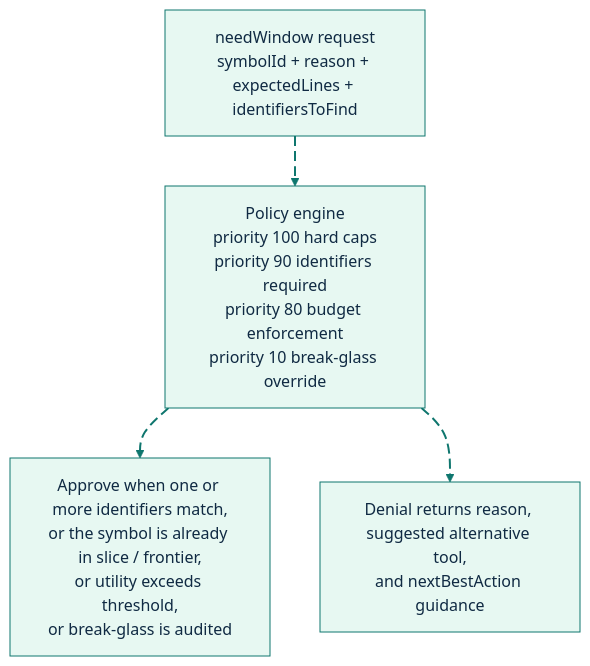
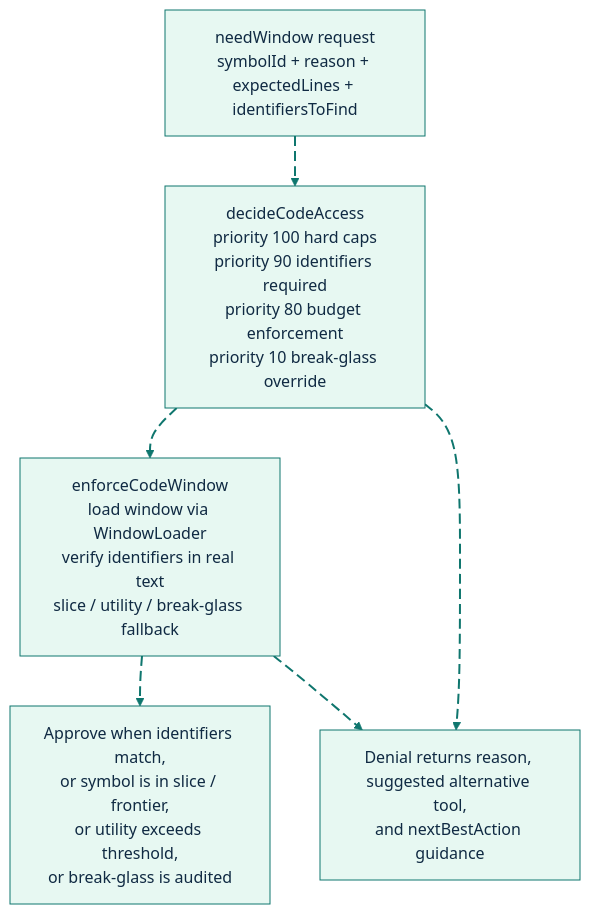
The eighth of 14 diagrams in docs/architecture.md (GlitterKill/sdl-mcp), drawn with Mermaid before and after one commit. The commit also changed other lines of this file and 26 other files, not shown here.

````diff
--- a/docs/architecture.md
+++ b/docs/architecture.md
@@ -408,21 +413,24 @@
 ```mermaid
 %%{init: {"theme":"base","themeVariables":{"background":"#ffffff","primaryColor":"#E7F8F2","primaryBorderColor":"#0F766E","primaryTextColor":"#102A43","secondaryColor":"#E8F1FF","secondaryBorderColor":"#2563EB","secondaryTextColor":"#102A43","tertiaryColor":"#FFF4D6","tertiaryBorderColor":"#B45309","tertiaryTextColor":"#102A43","lineColor":"#0F766E","textColor":"#102A43","fontFamily":"Inter, ui-sans-serif, system-ui, -apple-system, BlinkMacSystemFont, Segoe UI, sans-serif"},"flowchart":{"curve":"basis","htmlLabels":true}}}%%
 flowchart TD
     Req["needWindow request<br/>symbolId + reason + expectedLines + identifiersToFind"]
-    Engine["Policy engine<br/>priority 100 hard caps<br/>priority 90 identifiers required<br/>priority 80 budget enforcement<br/>priority 10 break-glass override"]
-    Approve["Approve when one or more identifiers match,<br/>or the symbol is already in slice / frontier,<br/>or utility exceeds threshold,<br/>or break-glass is audited"]
+    Decide["decideCodeAccess<br/>priority 100 hard caps<br/>priority 90 identifiers required<br/>priority 80 budget enforcement<br/>priority 10 break-glass override"]
+    Enforce["enforceCodeWindow<br/>load window via WindowLoader<br/>verify identifiers in real text<br/>slice / utility / break-glass fallback"]
+    Approve["Approve when identifiers match,<br/>or symbol is in slice / frontier,<br/>or utility exceeds threshold,<br/>or break-glass is audited"]
     Deny["Denial returns reason, suggested alternative tool,<br/>and nextBestAction guidance"]
 
-    Req e1@--> Engine
-    Engine e2@--> Approve
-    Engine e3@--> Deny
+    Req e1@--> Decide
+    Decide e2@--> Enforce
+    Enforce e3@--> Approve
+    Decide e4@--> Deny
+    Enforce e5@--> Deny
 
     classDef source fill:#E7F8F2,stroke:#0F766E,stroke-width:2px,color:#102A43;
     classDef process fill:#E8F1FF,stroke:#2563EB,stroke-width:2px,color:#102A43;
     classDef decision fill:#FFF4D6,stroke:#B45309,stroke-width:2px,color:#102A43;
     classDef storage fill:#F2E8FF,stroke:#7C3AED,stroke-width:2px,color:#102A43;
     classDef output fill:#FFE8EF,stroke:#BE123C,stroke-width:2px,color:#102A43;
     classDef muted fill:#F8FAFC,stroke:#64748B,stroke-width:1px,color:#102A43;
     classDef animate stroke:#0F766E,stroke-width:2px,stroke-dasharray:10\,5,stroke-dashoffset:900,animation:dash 22s linear infinite;
-    class e1,e2,e3 animate;
+    class e1,e2,e3,e4,e5 animate;
 ```
````
